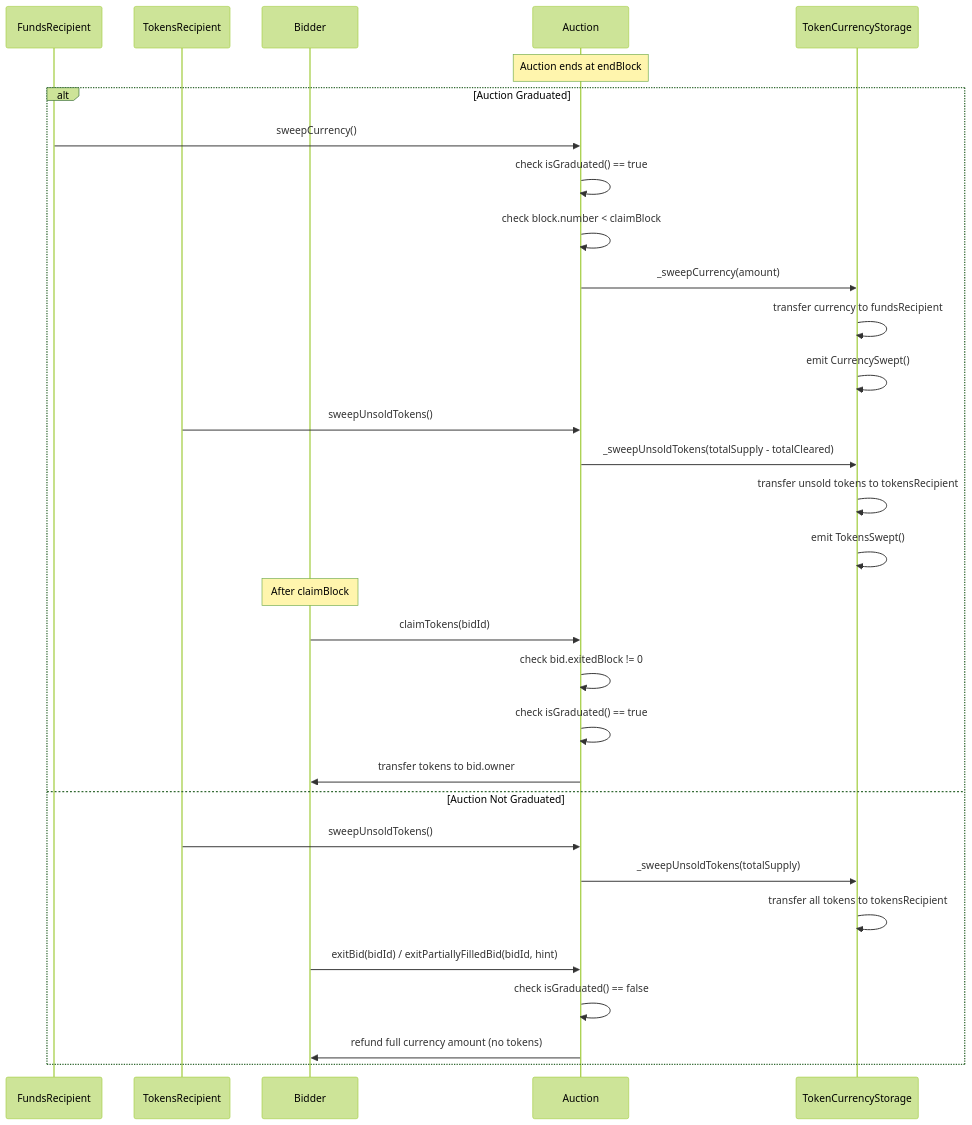
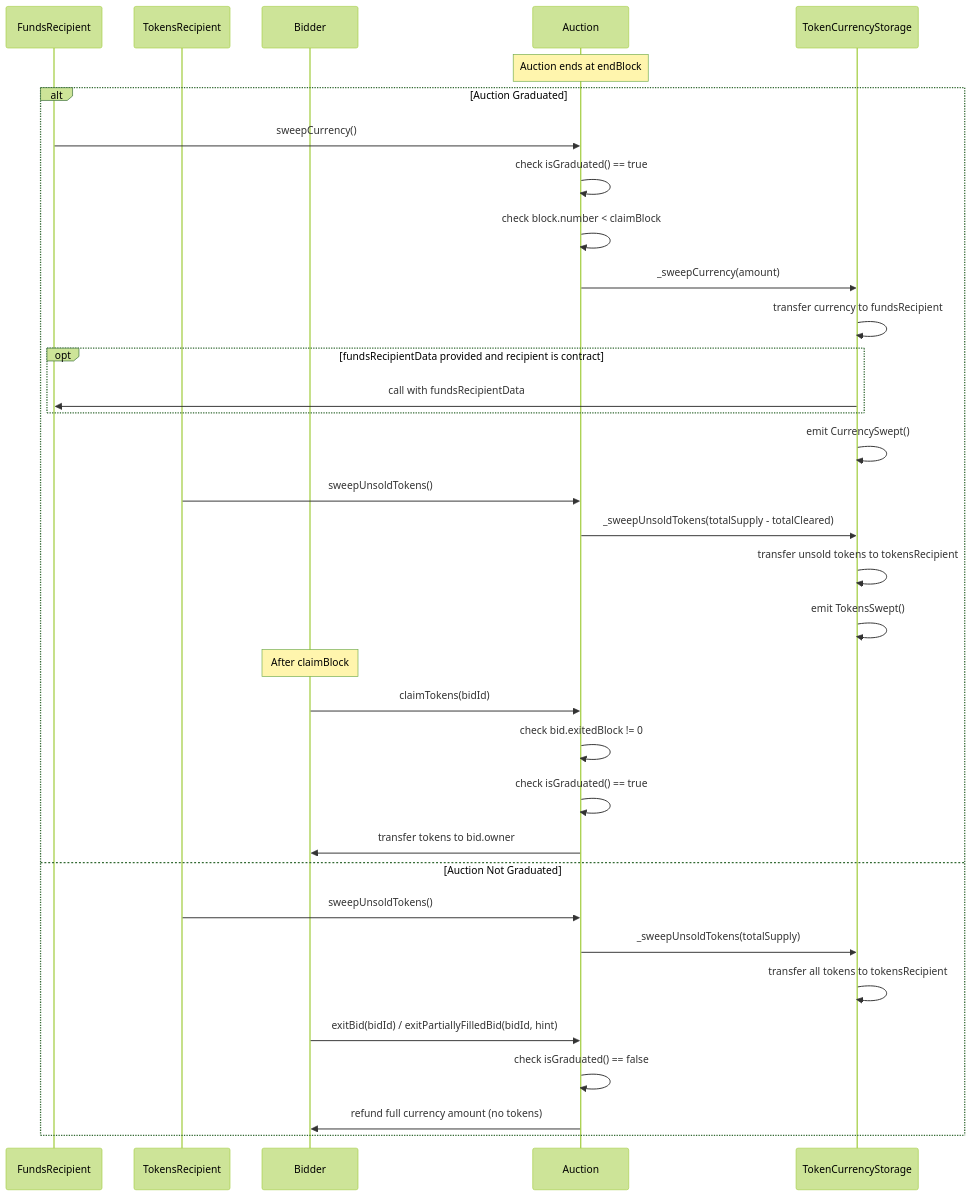
The sixth of 6 diagrams in docs/autogen/src/README.md (Uniswap/continuous-clearing-auction), drawn with Mermaid (forest theme) before and after one commit. The commit also changed other lines of this file and 30 other files, not shown here.

````diff
--- a/docs/autogen/src/README.md
+++ b/docs/autogen/src/README.md
@@ -471,39 +474,42 @@
 ```mermaid
 sequenceDiagram
     participant FundsRecipient
     participant TokensRecipient
     participant Bidder
     participant Auction
     participant TokenCurrencyStorage
 
     Note over Auction: Auction ends at endBlock
 
     alt Auction Graduated
         FundsRecipient->>Auction: sweepCurrency()
         Auction->>Auction: check isGraduated() == true
         Auction->>Auction: check block.number < claimBlock
         Auction->>TokenCurrencyStorage: _sweepCurrency(amount)
         TokenCurrencyStorage->>TokenCurrencyStorage: transfer currency to fundsRecipient
+        opt fundsRecipientData provided and recipient is contract
+            TokenCurrencyStorage->>FundsRecipient: call with fundsRecipientData
+        end
         TokenCurrencyStorage->>TokenCurrencyStorage: emit CurrencySwept()
 
         TokensRecipient->>Auction: sweepUnsoldTokens()
         Auction->>TokenCurrencyStorage: _sweepUnsoldTokens(totalSupply - totalCleared)
         TokenCurrencyStorage->>TokenCurrencyStorage: transfer unsold tokens to tokensRecipient
         TokenCurrencyStorage->>TokenCurrencyStorage: emit TokensSwept()
 
         Note over Bidder: After claimBlock
         Bidder->>Auction: claimTokens(bidId)
         Auction->>Auction: check bid.exitedBlock != 0
         Auction->>Auction: check isGraduated() == true
         Auction->>Bidder: transfer tokens to bid.owner
 
     else Auction Not Graduated
         TokensRecipient->>Auction: sweepUnsoldTokens()
         Auction->>TokenCurrencyStorage: _sweepUnsoldTokens(totalSupply)
         TokenCurrencyStorage->>TokenCurrencyStorage: transfer all tokens to tokensRecipient
 
         Bidder->>Auction: exitBid(bidId) / exitPartiallyFilledBid(bidId, hint)
         Auction->>Auction: check isGraduated() == false
         Auction->>Bidder: refund full currency amount (no tokens)
     end
 ```
````
